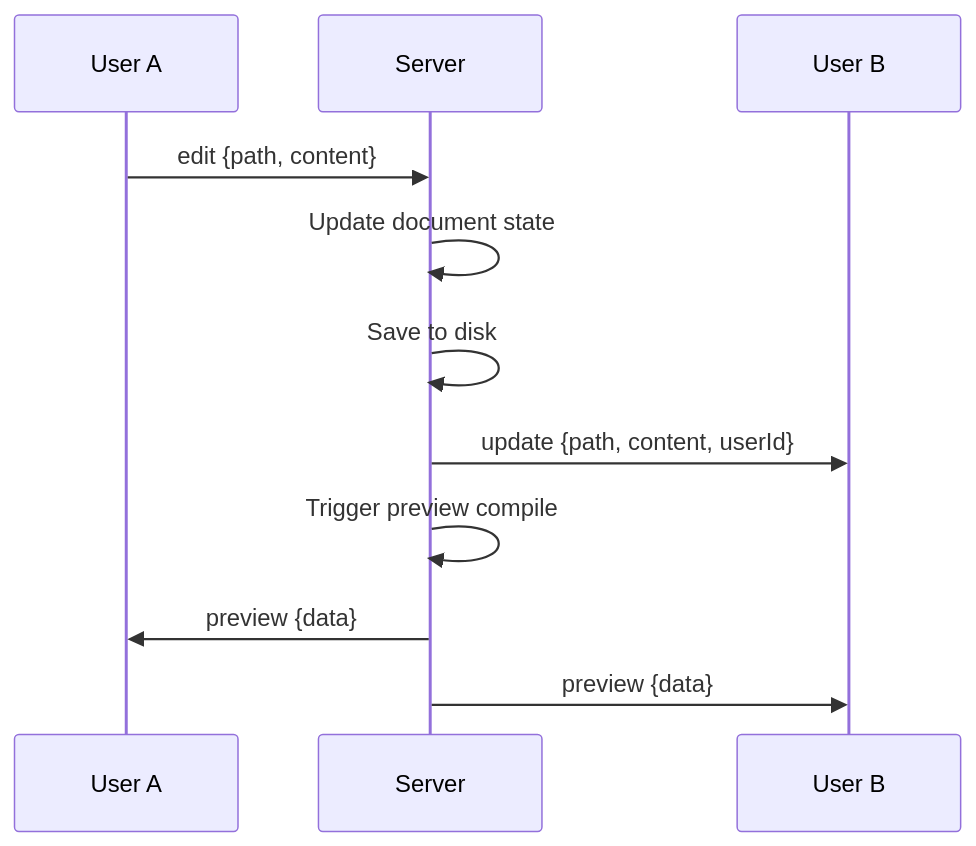
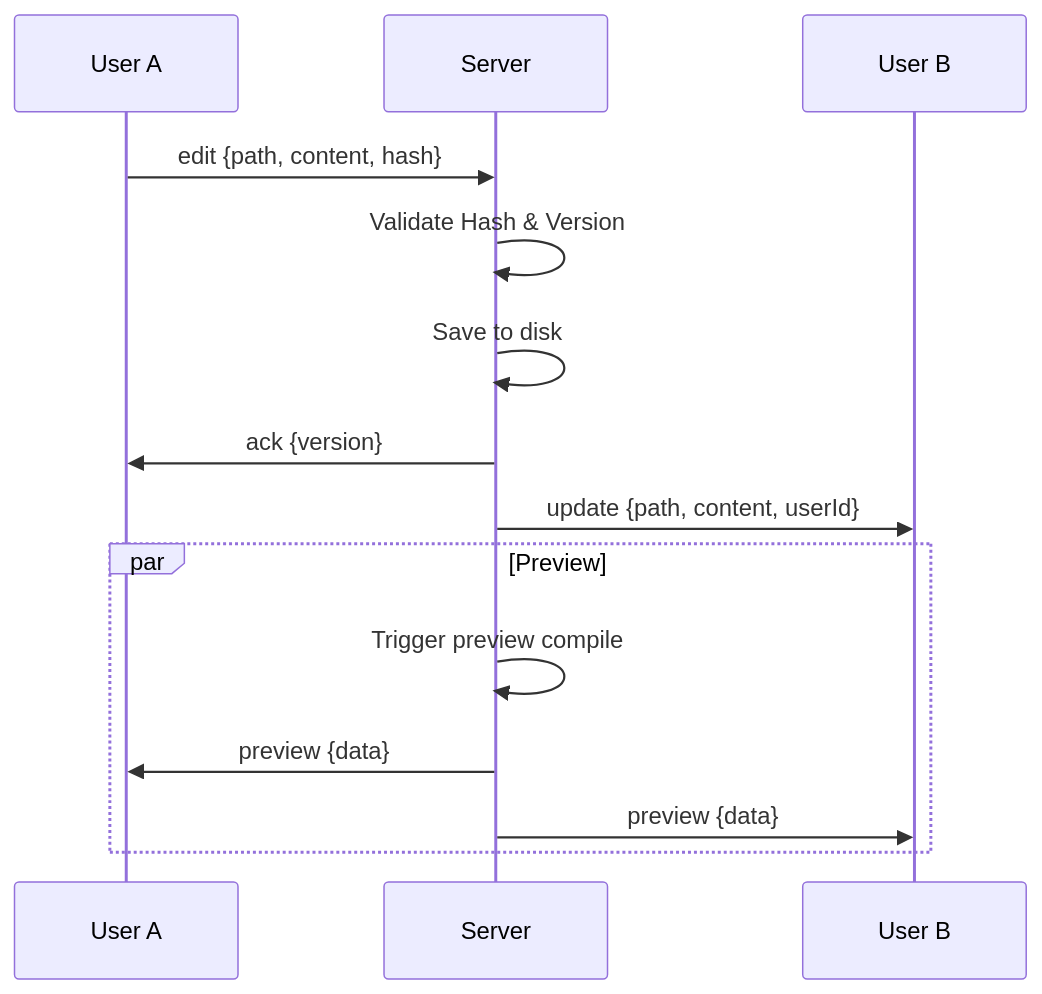
The second of 3 diagrams in docs/architecture/gui-stack.md (sihooleebd/noteworthy), drawn with Mermaid before and after one commit. The commit also changed other lines of this file and 10 other files, not shown here.

````diff
--- a/docs/architecture/gui-stack.md
+++ b/docs/architecture/gui-stack.md
@@ -221,14 +215,18 @@
 ```mermaid
 sequenceDiagram
     participant User A
     participant Server
     participant User B
 
-    User A->>Server: edit {path, content}
-    Server->>Server: Update document state
+    User A->>Server: edit {path, content, hash}
+    Server->>Server: Validate Hash & Version
     Server->>Server: Save to disk
+    Server->>User A: ack {version}
     Server->>User B: update {path, content, userId}
-    Server->>Server: Trigger preview compile
-    Server->>User A: preview {data}
-    Server->>User B: preview {data}
+    
+    par Preview
+        Server->>Server: Trigger preview compile
+        Server->>User A: preview {data}
+        Server->>User B: preview {data}
+    end
 ```
````
